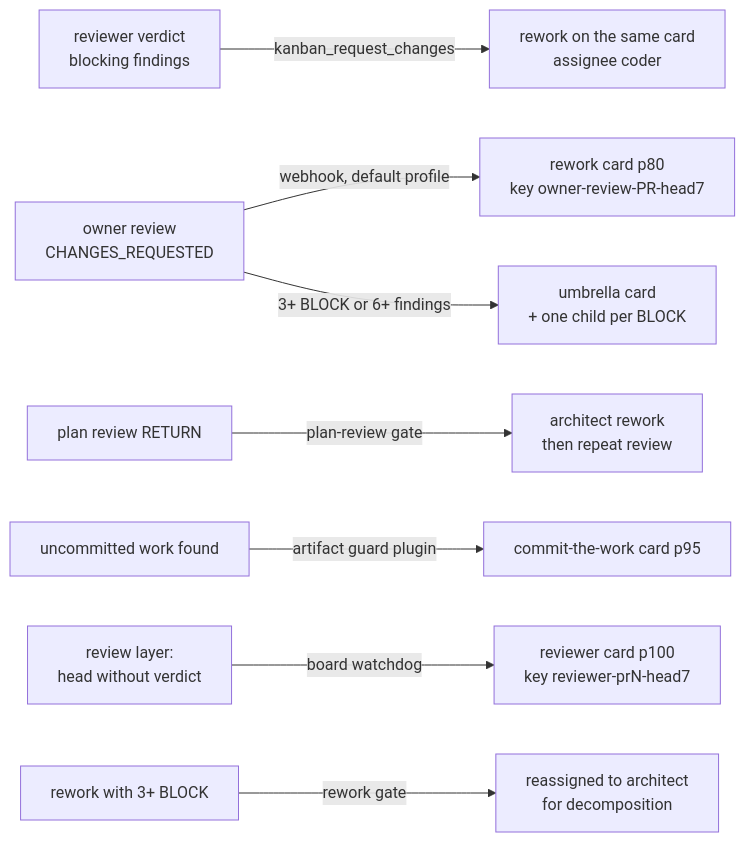
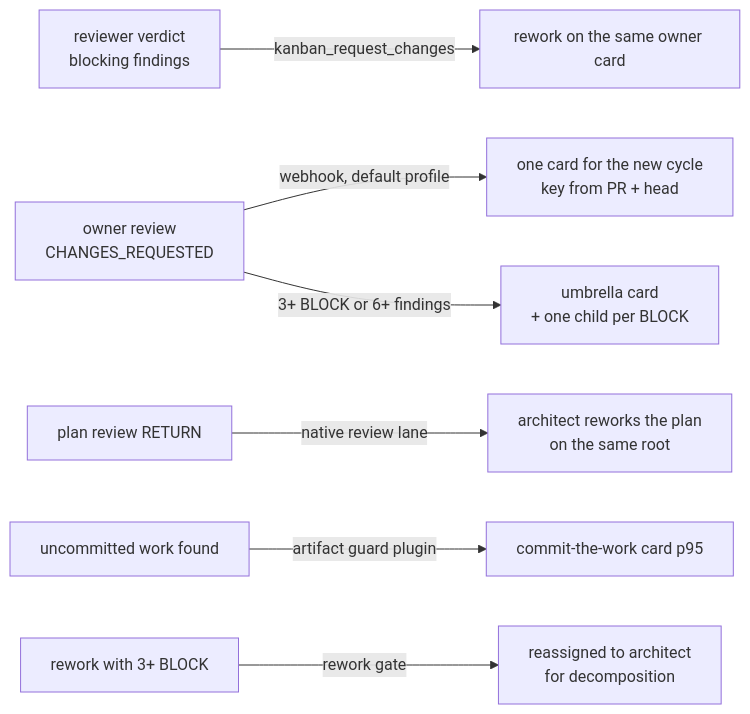
One commit to a-simeshin/hermes-dark-factory changed the third of 3 diagrams in docs/architecture.md. Above: the diagram before and after it, drawn with Mermaid. The commit also changed other lines of this file and 9 other files, not shown here.

````diff
--- a/docs/architecture.md
+++ b/docs/architecture.md
@@ -110,10 +114,9 @@
 ```mermaid
 flowchart LR
-    RV[reviewer verdict<br/>blocking findings] -->|kanban_request_changes| RW1[rework on the same card<br/>assignee coder]
-    OW[owner review<br/>CHANGES_REQUESTED] -->|webhook, default profile| RW2[rework card p80<br/>key owner-review-PR-head7]
+    RV[reviewer verdict<br/>blocking findings] -->|kanban_request_changes| RW1[rework on the same owner card]
+    OW[owner review<br/>CHANGES_REQUESTED] -->|webhook, default profile| RW2[one card for the new cycle<br/>key from PR + head]
     OW -->|3+ BLOCK or 6+ findings| UM[umbrella card<br/>+ one child per BLOCK]
-    PR[plan review RETURN] -->|plan-review gate| RW3[architect rework<br/>then repeat review]
+    PR[plan review RETURN] -->|native review lane| RW3[architect reworks the plan<br/>on the same root]
     AG[uncommitted work found] -->|artifact guard plugin| RW4[commit-the-work card p95]
-    WD[review layer:<br/>head without verdict] -->|board watchdog| RV2[reviewer card p100<br/>key reviewer-prN-head7]
     OS[rework with 3+ BLOCK] -->|rework gate| DC[reassigned to architect<br/>for decomposition]
 ```
````
